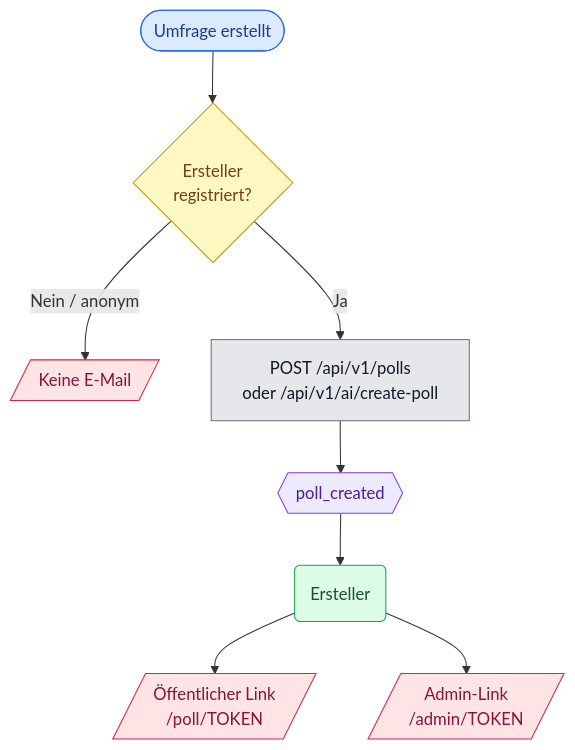
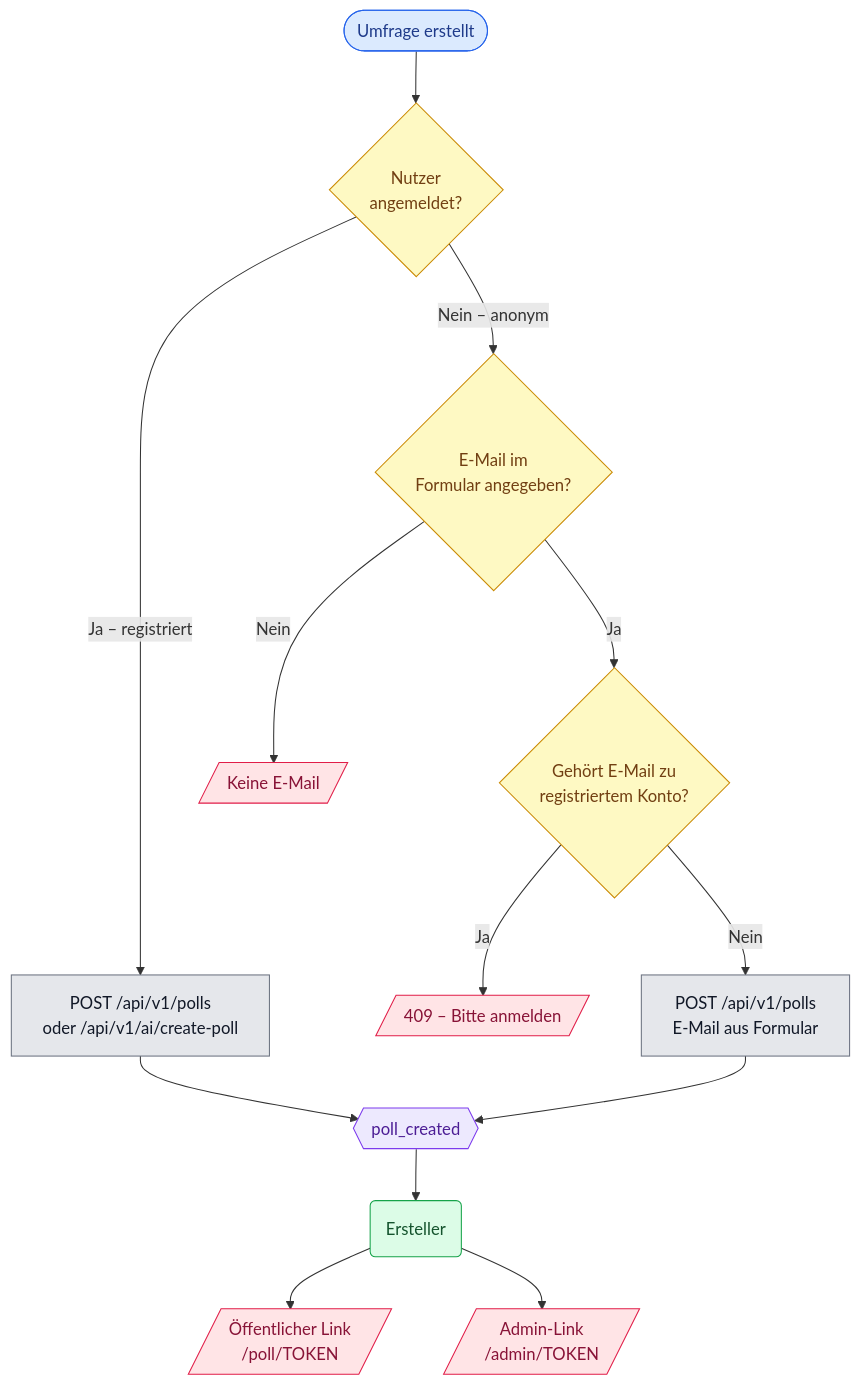
Before and after one commit to manfredsteger/polly: the seventh of 16 diagrams in docs/email-flows.md, drawn with Mermaid. The commit also changed other lines of this file and 16 other files, not shown here.

First line of the commit message:
Update email workflows to correctly inform creators of new polls

````diff
--- a/docs/email-flows.md
+++ b/docs/email-flows.md
@@ -269,18 +270,23 @@
 ```mermaid
 %% render-as: 02e-umfrage-erstellt
 flowchart TD
-  create([Umfrage erstellt]):::trigger --> condReg{Ersteller<br>registriert?}:::cond
-  condReg -->|Nein / anonym| skip[/"Keine E-Mail"/]:::link
-  condReg -->|Ja| pollRoute[POST /api/v1/polls<br>oder /api/v1/ai/create-poll]:::route
-  pollRoute --> mCreated{{poll_created}}:::mail
+  create([Umfrage erstellt]):::trigger --> condAuth{Nutzer<br>angemeldet?}:::cond
+  condAuth -->|Ja – registriert| pollRouteReg[POST /api/v1/polls<br>oder /api/v1/ai/create-poll]:::route
+  condAuth -->|Nein – anonym| condFormEmail{E-Mail im<br>Formular angegeben?}:::cond
+  condFormEmail -->|Nein| skip[/"Keine E-Mail"/]:::link
+  condFormEmail -->|Ja| condKnown{Gehört E-Mail zu<br>registriertem Konto?}:::cond
+  condKnown -->|Ja| errLogin[/"409 – Bitte anmelden"/]:::link
+  condKnown -->|Nein| pollRouteAnon[POST /api/v1/polls<br>E-Mail aus Formular]:::route
+  pollRouteReg --> mCreated{{poll_created}}:::mail
+  pollRouteAnon --> mCreated
   mCreated --> rCreator(Ersteller):::recv
   rCreator --> lPublic[/"Öffentlicher Link<br>/poll/TOKEN"/]:::link
   rCreator --> lAdmin[/"Admin-Link<br>/admin/TOKEN"/]:::link
 
   classDef trigger fill:#dbeafe,stroke:#2563eb,color:#1e3a8a;
   classDef cond fill:#fef9c3,stroke:#ca8a04,color:#713f12;
   classDef route fill:#e5e7eb,stroke:#6b7280,color:#111827;
   classDef mail fill:#ede9fe,stroke:#7c3aed,color:#4c1d95;
   classDef recv fill:#dcfce7,stroke:#16a34a,color:#14532d;
   classDef link fill:#ffe4e6,stroke:#e11d48,color:#881337;
 ```
````
